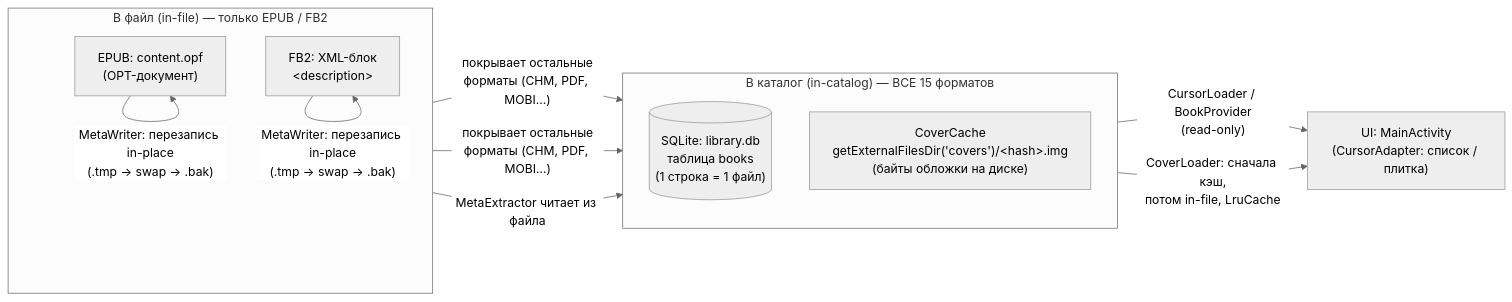
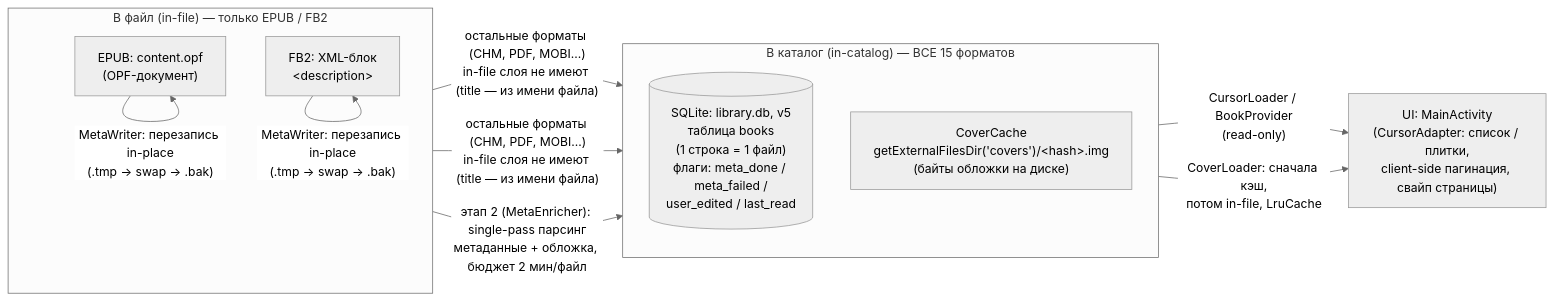
Before and after one commit to Klapatun/NeoLibrary: the diagram in docs/diagrams/two_layer_model.mmd, drawn with Mermaid (neutral theme). The commit also changed 9 other files, not shown here.

```diff
--- a/docs/diagrams/two_layer_model.mmd
+++ b/docs/diagrams/two_layer_model.mmd
@@ -1,22 +1,22 @@
 %% Neo Library — двухслойная модель метаданных
 flowchart LR
     subgraph FILE ["В файл (in-file) — только EPUB / FB2"]
         direction TB
-        EPUB["EPUB: content.opf\n(OPT-документ)"]
+        EPUB["EPUB: content.opf\n(OPF-документ)"]
         FB2["FB2: XML-блок\n&lt;description&gt;"]
     end
 
     subgraph CATALOG ["В каталог (in-catalog) — ВСЕ 15 форматов"]
         direction TB
-        DB[("SQLite: library.db\nтаблица books\n(1 строка = 1 файл)")]
+        DB[("SQLite: library.db, v5\nтаблица books\n(1 строка = 1 файл)\nфлаги: meta_done / meta_failed /\nuser_edited / last_read")]
         CACHE["CoverCache\ngetExternalFilesDir('covers')/&lt;hash&gt;.img\n(байты обложки на диске)"]
     end
 
     EPUB -- "MetaWriter: перезапись in-place\n(.tmp → swap → .bak)" --> EPUB
     FB2 -- "MetaWriter: перезапись in-place\n(.tmp → swap → .bak)" --> FB2
 
-    FILE -- "MetaExtractor читает из файла" --> DB
-    EPUB & FB2 -- "покрывает остальные\nформаты (CHM, PDF, MOBI...)" --> DB
+    FILE -- "этап 2 (MetaEnricher): single-pass парсинг\nметаданные + обложка, бюджет 2 мин/файл" --> DB
+    EPUB & FB2 -- "остальные форматы (CHM, PDF, MOBI...)\nin-file слоя не имеют (title — из имени файла)" --> DB
 
-    DB -- "CursorLoader / BookProvider\n(read-only)" --> UI["UI: MainActivity\n(CursorAdapter: список / плитка)"]
+    DB -- "CursorLoader / BookProvider\n(read-only)" --> UI["UI: MainActivity\n(CursorAdapter: список / плитки,\nclient-side пагинация, свайп страницы)"]
     CACHE -- "CoverLoader: сначала кэш,\nпотом in-file, LruCache" --> UI
```
